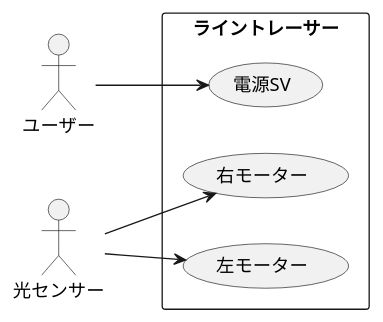
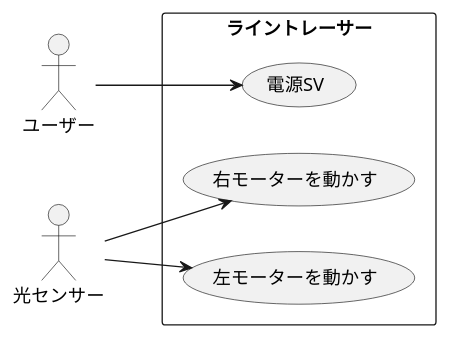
The diagram in 演習6-5-2_ユースケース図_ライントレーサー.pu (tanumahikaru/uml-into), drawn with PlantUML before and after one commit.

Commit message:
なおし

```diff
--- a/演習6-5-2_ユースケース図_ライントレーサー.pu
+++ b/演習6-5-2_ユースケース図_ライントレーサー.pu
@@ -1,15 +1,15 @@
 @startuml 演習6-5-2
 left to right direction
 actor ユーザー as user
 actor 光センサー as sensor
 
 rectangle ライントレーサー {
     usecase 電源SV as powersupply
-    usecase 右モーター as right
-    usecase 左モーター as left
+    usecase 右モーターを動かす as right
+    usecase 左モーターを動かす as left
 }
 
 user --> powersupply
 sensor --> right
 sensor --> left
 @enduml
```
